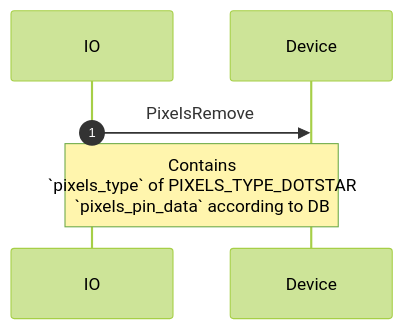
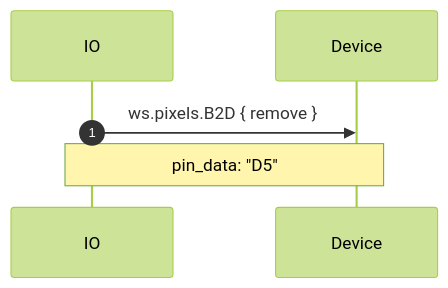
Before and after one commit to adafruit/Wippersnapper_Protobuf: the ninth of 10 diagrams in proto/wippersnapper/docs/pixels.md, drawn with Mermaid (forest theme). The commit also changed other lines of this file and 10 other files, not shown here.

````diff
--- a/proto/wippersnapper/docs/pixels.md
+++ b/proto/wippersnapper/docs/pixels.md
@@ -103,6 +166,6 @@
 ```mermaid
 sequenceDiagram
 autonumber
-IO->>Device: PixelsRemove
-Note over IO, Device: Contains<br> `pixels_type` of PIXELS_TYPE_DOTSTAR<br>`pixels_pin_data` according to DB
+IO->>Device: ws.pixels.B2D { remove }
+Note over IO, Device: pin_data: "D5"
 ```
````
